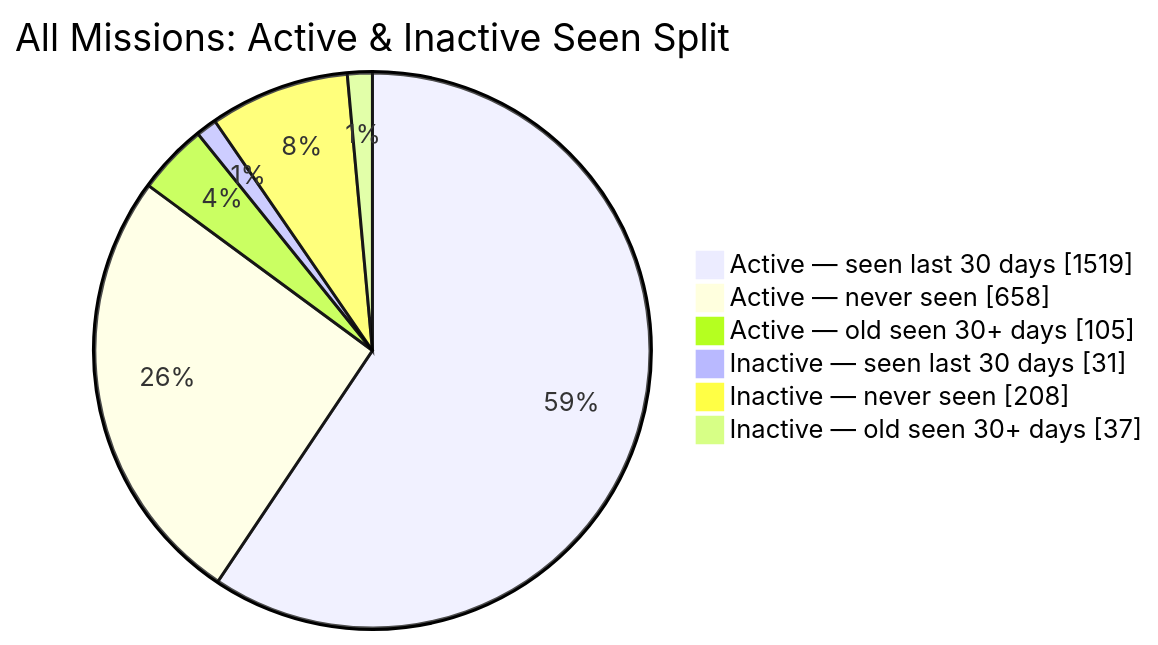
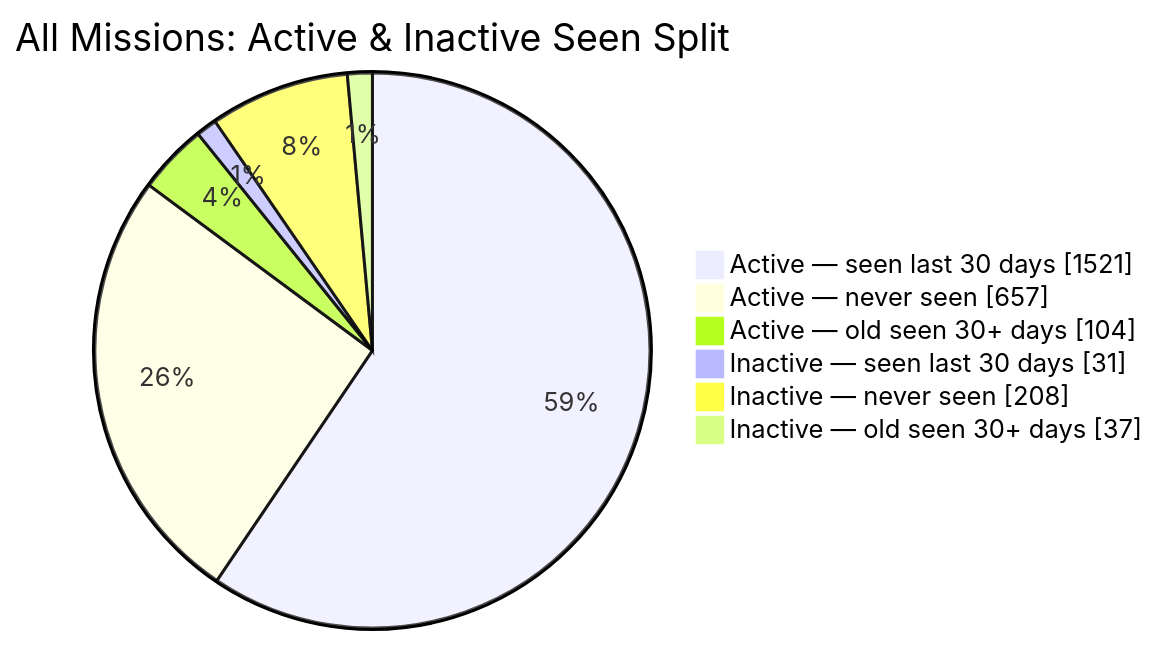
The second of 2 diagrams in README.md (MeldkamerspelGameTeam/active-missions), drawn with Mermaid before and after one commit. The commit also changed other lines of this file and 3 other files, not shown here.

````diff
--- a/README.md
+++ b/README.md
@@ -44,10 +44,10 @@
 ```mermaid
 pie showData
     title All Missions: Active & Inactive Seen Split
-    "Active — seen last 30 days" : 1519
-    "Active — never seen" : 658
-    "Active — old seen 30+ days" : 105
+    "Active — seen last 30 days" : 1521
+    "Active — never seen" : 657
+    "Active — old seen 30+ days" : 104
     "Inactive — seen last 30 days" : 31
     "Inactive — never seen" : 208
     "Inactive — old seen 30+ days" : 37
 ```
````
